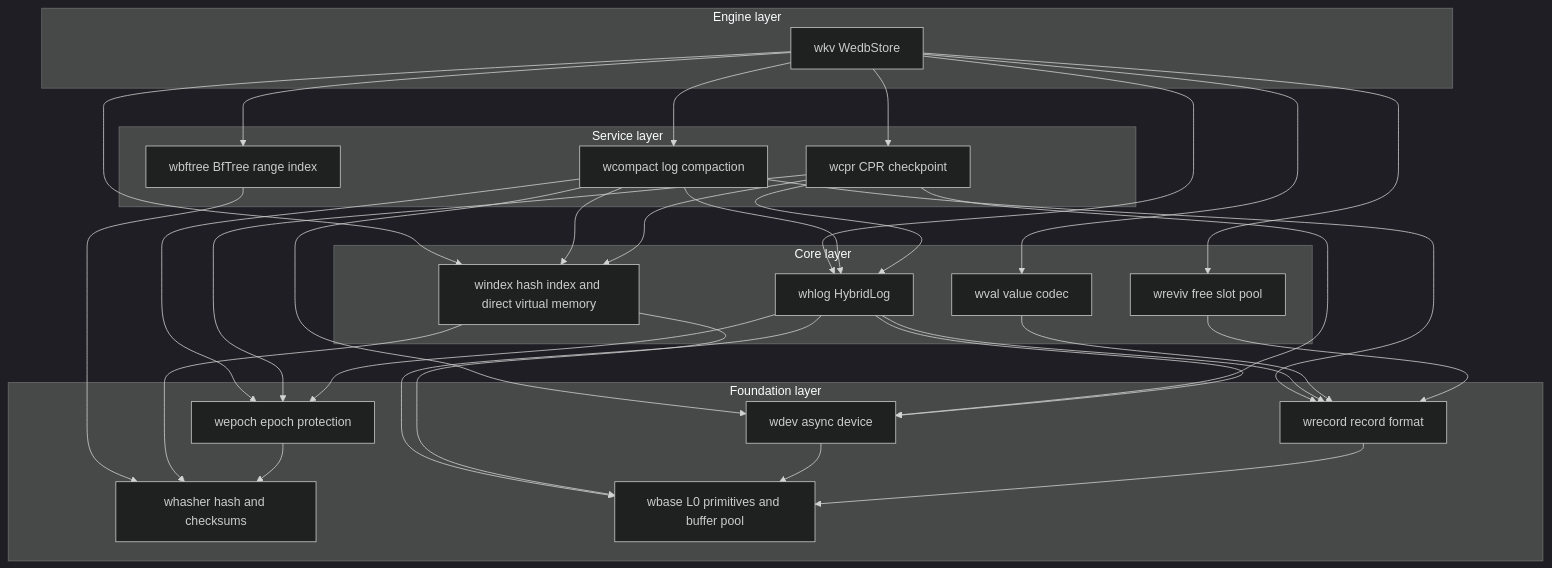
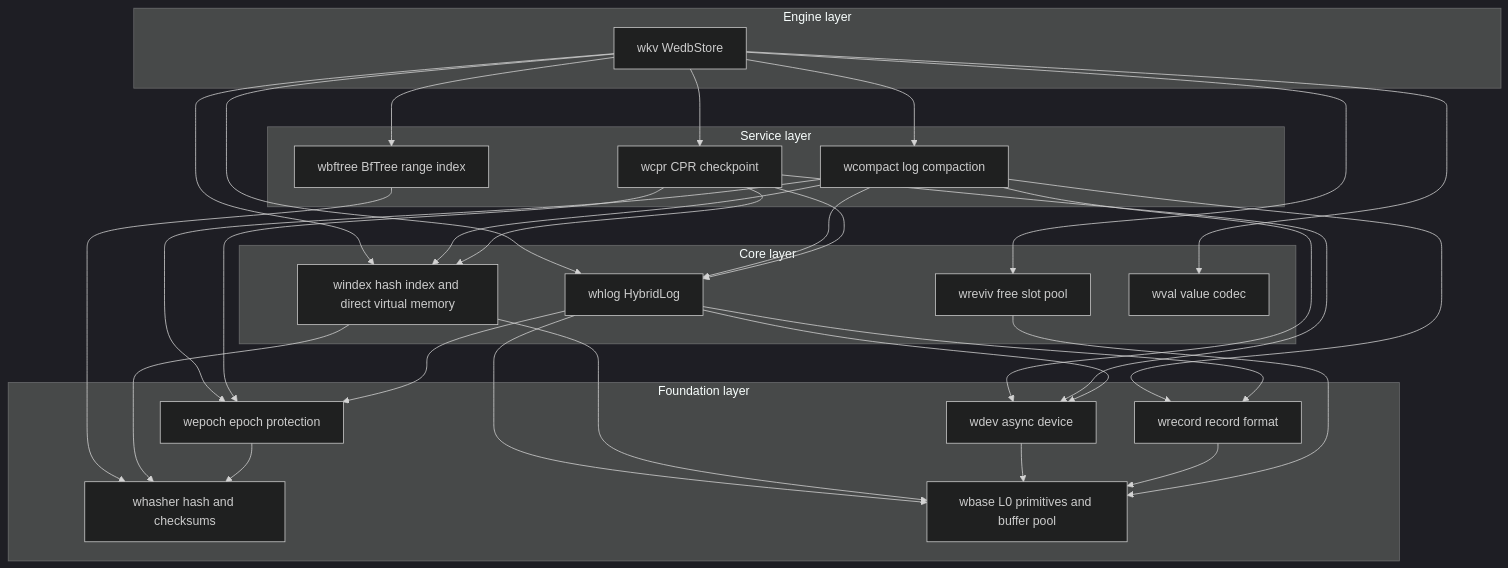
Before and after one commit to webc-site/wedb: the first of 2 diagrams in wedb/readme/en.md, drawn with Mermaid (dark theme). The commit also changed other lines of this file and 7 other files, not shown here.

````diff
--- a/wedb/readme/en.md
+++ b/wedb/readme/en.md
@@ -170,53 +170,52 @@
 ```mermaid
 graph TD
   subgraph engine[Engine layer]
     wkv[wkv WedbStore]
   end
   subgraph services[Service layer]
     wcpr[wcpr CPR checkpoint]
     wcompact[wcompact log compaction]
     wbftree[wbftree BfTree range index]
   end
   subgraph core[Core layer]
     whlog[whlog HybridLog]
     windex[windex hash index and direct virtual memory]
     wreviv[wreviv free slot pool]
     wval[wval value codec]
   end
   subgraph foundation[Foundation layer]
     wrecord[wrecord record format]
     wdev[wdev async device]
     wepoch[wepoch epoch protection]
     whasher[whasher hash and checksums]
     wbase[wbase L0 primitives and buffer pool]
   end
 
   wkv --> wcpr
   wkv --> wcompact
   wkv --> wbftree
   wkv --> whlog
   wkv --> windex
   wkv --> wreviv
   wkv --> wval
   wcompact --> whlog
   wcompact --> windex
   wcompact --> wrecord
   wcompact --> wdev
   wcompact --> wepoch
   wcpr --> whlog
   wcpr --> windex
   wcpr --> wdev
   wcpr --> wepoch
   wbftree --> whasher
   whlog --> wrecord
   whlog --> wdev
   whlog --> wepoch
   whlog --> wbase
   windex --> whasher
   windex --> wbase
-  wval --> wrecord
   wdev --> wbase
   wepoch --> whasher
   wrecord --> wbase
-  wreviv --> wrecord
+  wreviv --> wbase
 ```
````
